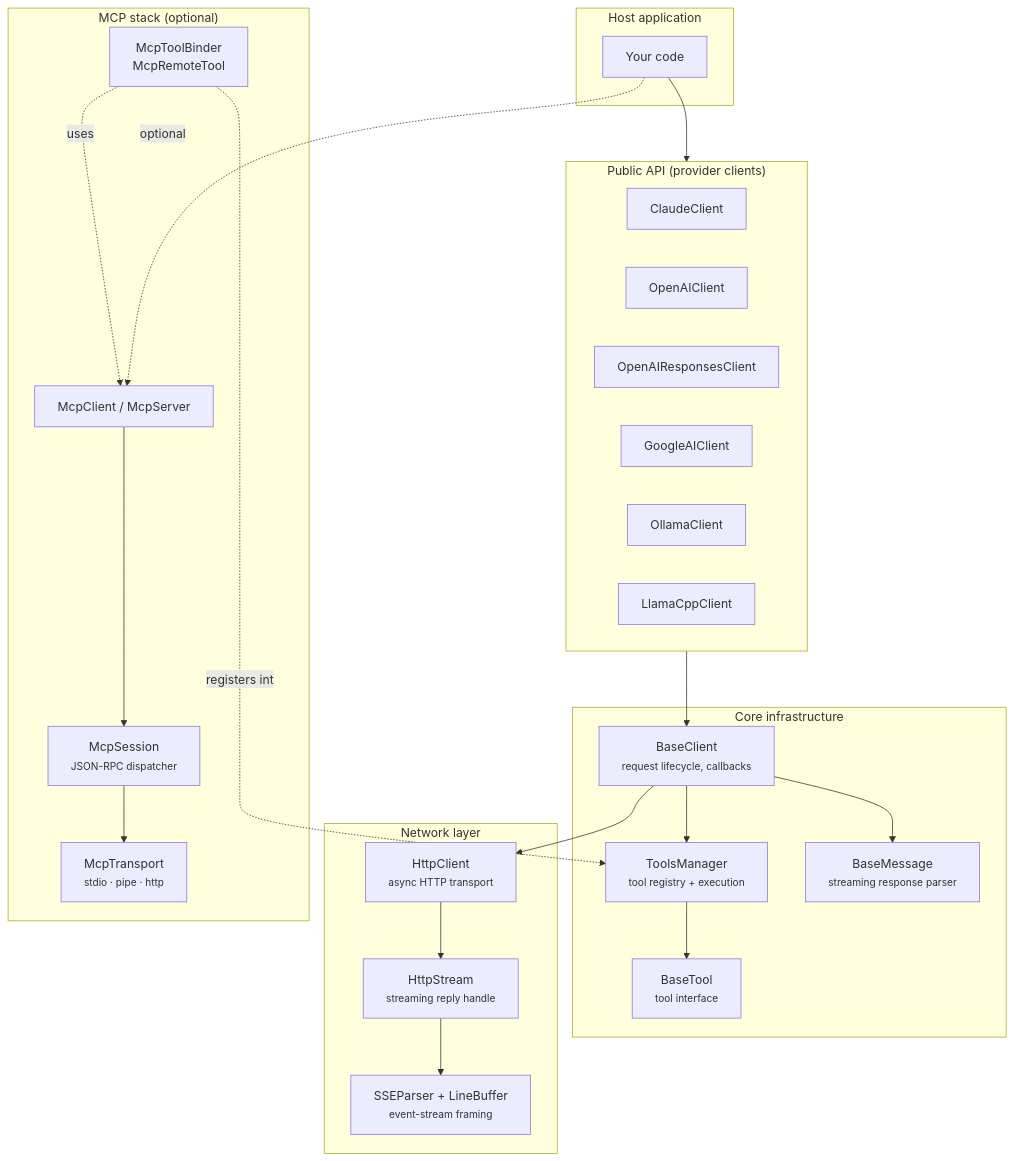
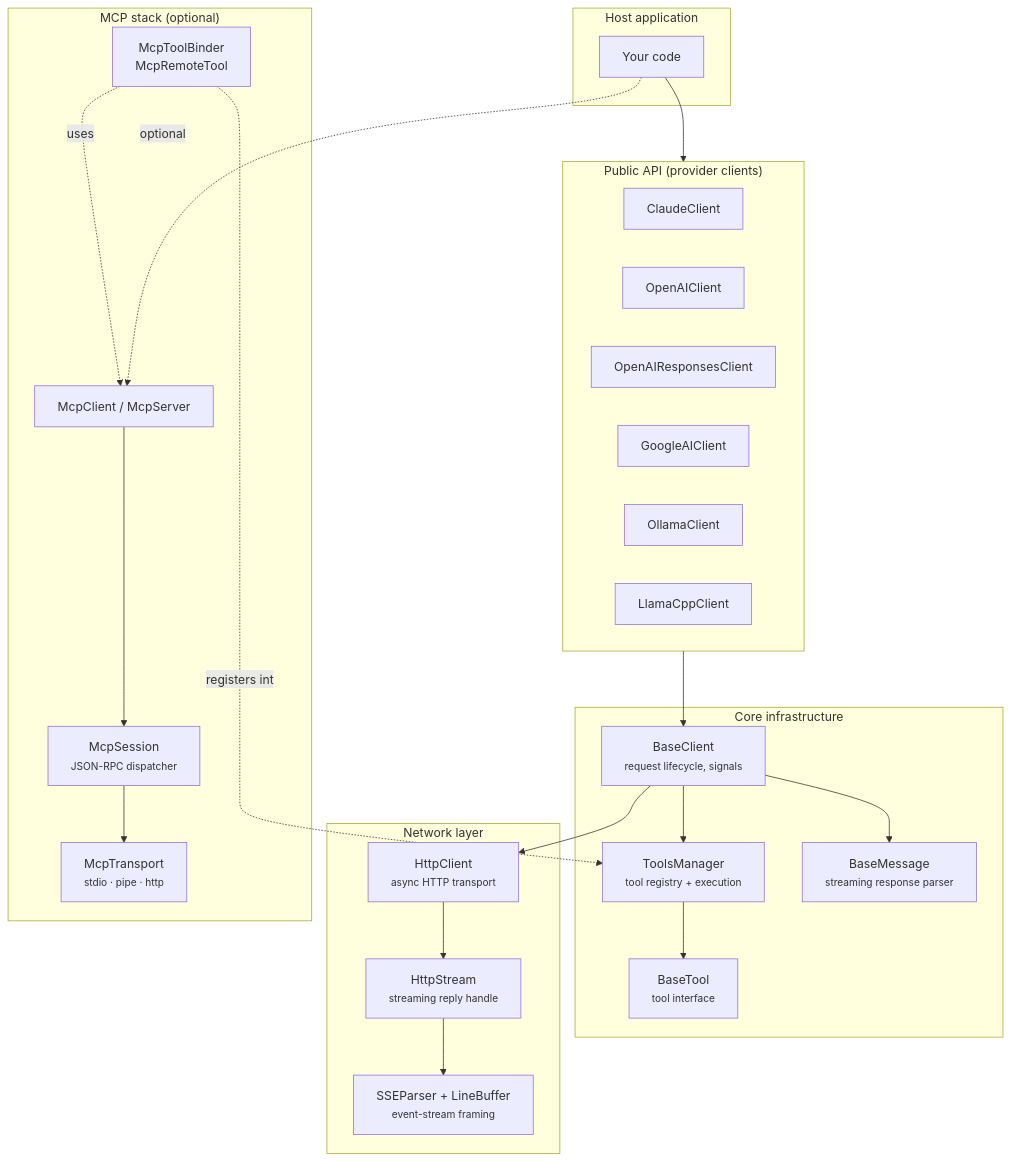
One commit to Palm1r/llmqore changed the diagram in docs/architecture/overview.md. Above: the diagram before and after it, drawn with Mermaid. The commit also changed other lines of this file and 34 other files, not shown here.

Commit message:
refactor: Remove callbacks client API (#13)

````diff
--- a/docs/architecture/overview.md
+++ b/docs/architecture/overview.md
@@ -10,50 +10,50 @@
 ```mermaid
 flowchart TD
     subgraph User["Host application"]
         APP["Your code"]
     end
 
     subgraph Public["Public API (provider clients)"]
         CC["ClaudeClient"]
         OC["OpenAIClient"]
         OR["OpenAIResponsesClient"]
         GC["GoogleAIClient"]
         OL["OllamaClient"]
         LC["LlamaCppClient"]
     end
 
     subgraph Core["Core infrastructure"]
-        BC["BaseClient<br/><small>request lifecycle, callbacks</small>"]
+        BC["BaseClient<br/><small>request lifecycle, signals</small>"]
         TM["ToolsManager<br/><small>tool registry + execution</small>"]
         BM["BaseMessage<br/><small>streaming response parser</small>"]
         BT["BaseTool<br/><small>tool interface</small>"]
     end
 
     subgraph Network["Network layer"]
         HC["HttpClient<br/><small>async HTTP transport</small>"]
         HS["HttpStream<br/><small>streaming reply handle</small>"]
         SSE["SSEParser + LineBuffer<br/><small>event-stream framing</small>"]
     end
 
     subgraph MCP["MCP stack (optional)"]
         MC["McpClient / McpServer"]
         MCPS["McpSession<br/><small>JSON-RPC dispatcher</small>"]
         MT["McpTransport<br/><small>stdio · pipe · http</small>"]
         MTB["McpToolBinder<br/>McpRemoteTool"]
     end
 
     APP --> Public
     Public --> BC
     BC --> BM
     BC --> TM
     BC --> HC
     HC --> HS
     HS --> SSE
     TM --> BT
 
     APP -.optional.-> MC
     MC --> MCPS
     MCPS --> MT
     MTB -.registers into.-> TM
     MTB -.uses.-> MC
 ```
````
